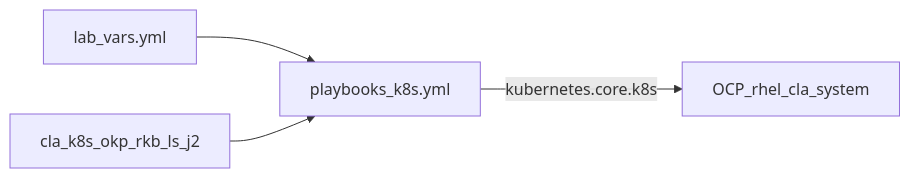
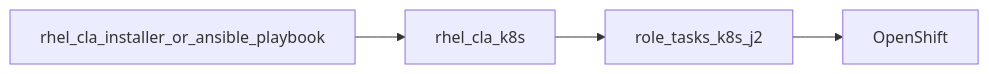
One commit to lmcdasm/rhel-cla-installer changed the diagram in openshift-deployment/OC-Deployment.md. Above: the diagram before and after it, drawn with Mermaid. The commit also changed other lines of this file and 12 other files, not shown here.

First line of the commit message:
Align OpenShift UX with rhel.cla.k8s, drop Make/shell apply path.

````diff
--- a/openshift-deployment/OC-Deployment.md
+++ b/openshift-deployment/OC-Deployment.md
@@ -27,10 +23,8 @@
 ```mermaid
 flowchart LR
-  labVars[lab_vars.yml]
-  play[playbooks_k8s.yml]
-  roles[cla_k8s_okp_rkb_ls_j2]
-  cluster[OCP_rhel_cla_system]
-  labVars --> play
-  roles --> play
-  play -->|kubernetes.core.k8s| cluster
+  installer[rhel_cla_installer_or_ansible_playbook]
+  play[rhel_cla_k8s]
+  roles[role_tasks_k8s_j2]
+  cluster[OpenShift]
+  installer --> play --> roles --> cluster
 ```
````
